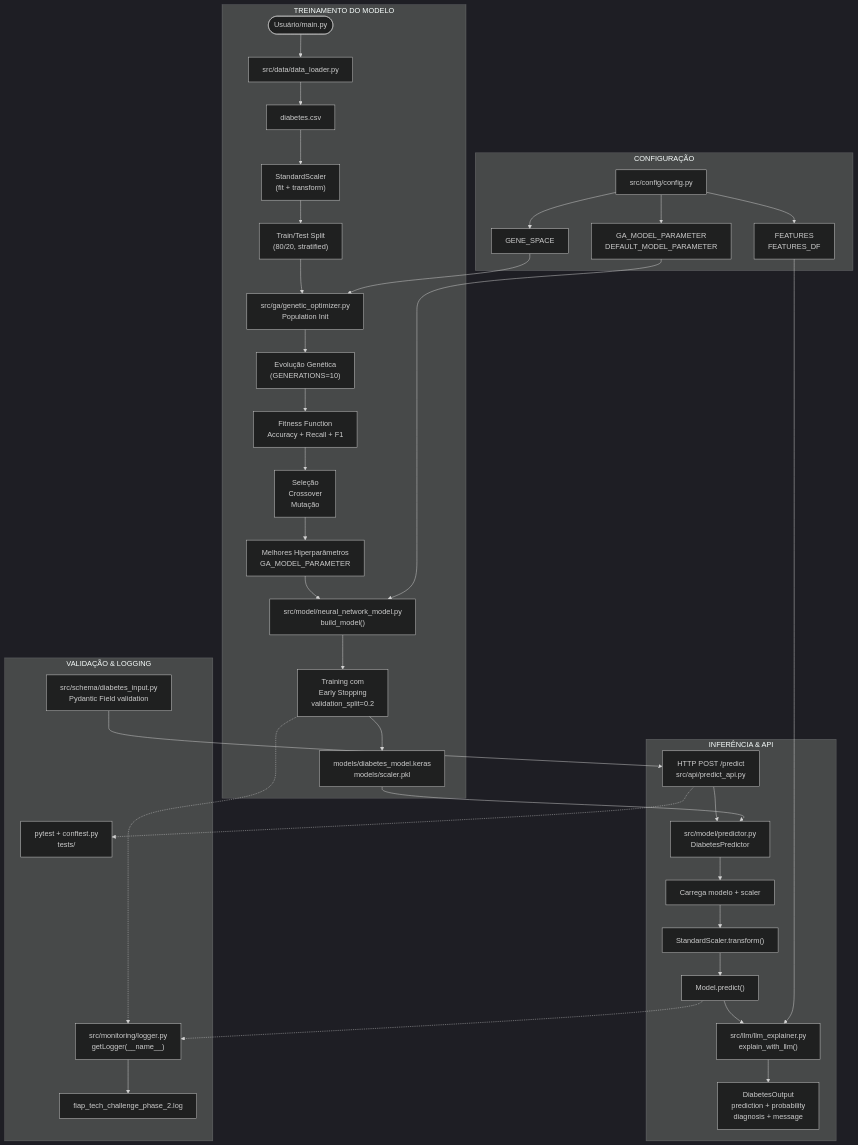
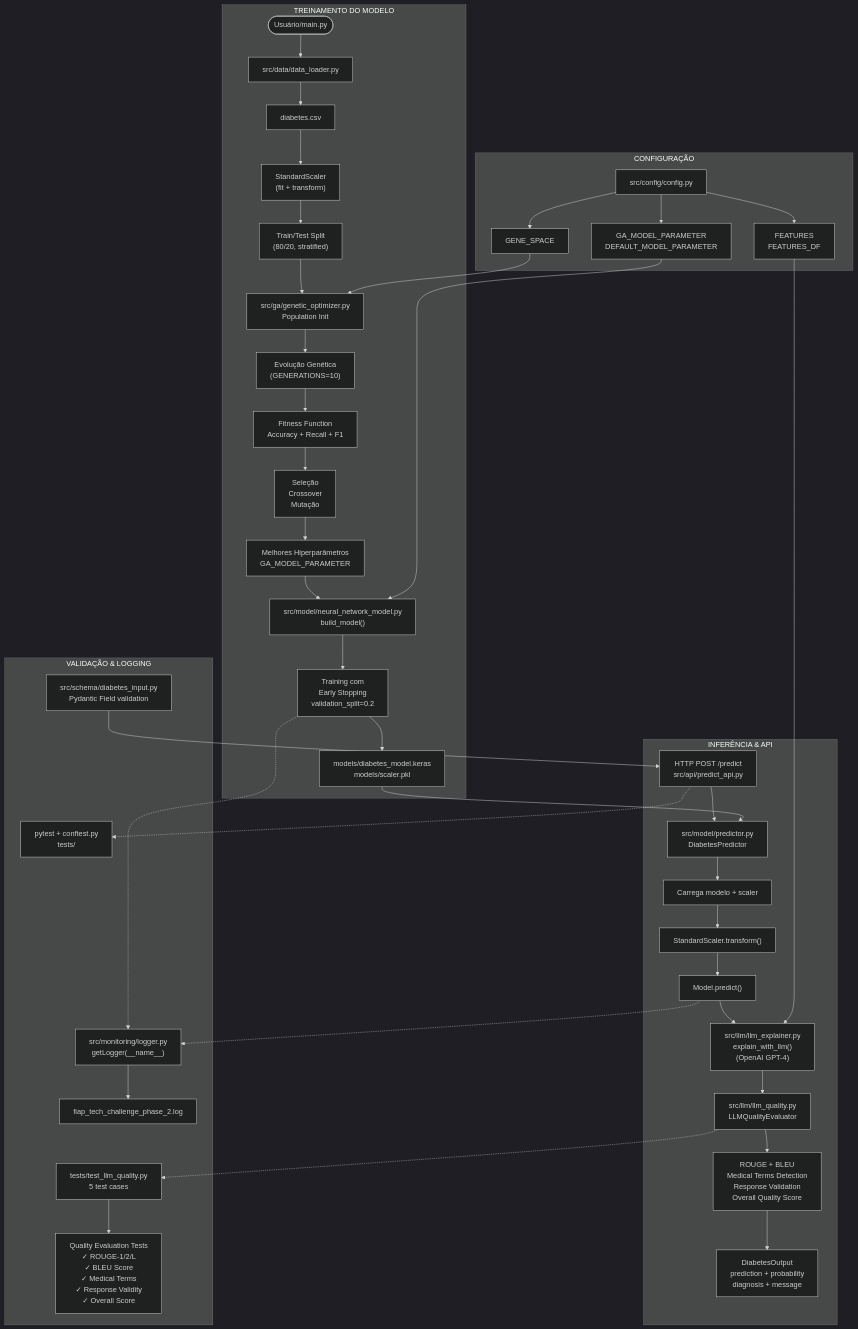
One commit to fernando-squads/fiap-tech-challenge-phase-2 changed the diagram in architecture/fiap_tech_challenge_phase_2.mmd. Above: the diagram before and after it, drawn with Mermaid (dark theme). The commit also changed 9 other files, not shown here.

```diff
--- a/architecture/fiap_tech_challenge_phase_2.mmd
+++ b/architecture/fiap_tech_challenge_phase_2.mmd
@@ -1,47 +1,52 @@
 flowchart TB
     subgraph Training["TREINAMENTO DO MODELO"]
         User(["Usuário/main.py"]) --> CLI["src/data/data_loader.py"]
         CLI --> Data["diabetes.csv"]
         Data --> Preprocess["StandardScaler<br>(fit + transform)"]
         Preprocess --> Split["Train/Test Split<br>(80/20, stratified)"]
         Split --> GAInit["src/ga/genetic_optimizer.py<br>Population Init"]
         GAInit --> GA["Evolução Genética<br>(GENERATIONS=10)"]
         GA --> Fitness["Fitness Function<br>Accuracy + Recall + F1"]
         Fitness --> Selection["Seleção<br>Crossover<br>Mutação"]
         Selection --> BestParams["Melhores Hiperparâmetros<br>GA_MODEL_PARAMETER"]
         BestParams --> ModelBuild["src/model/neural_network_model.py<br>build_model()"]
         ModelBuild --> Training_Phase["Training com<br>Early Stopping<br>validation_split=0.2"]
         Training_Phase --> SaveArtifacts["models/diabetes_model.keras<br>models/scaler.pkl"]
     end
 
     subgraph Inference["INFERÊNCIA & API"]
         Request["HTTP POST /predict<br>src/api/predict_api.py"] --> Predictor["src/model/predictor.py<br>DiabetesPredictor"]
         Predictor --> LoadModel["Carrega modelo + scaler"]
         LoadModel --> Scale["StandardScaler.transform()"]
         Scale --> Predict["Model.predict()"]
-        Predict --> LLM["src/llm/llm_explainer.py<br>explain_with_llm()"]
-        LLM --> Response["DiabetesOutput<br>prediction + probability<br>diagnosis + message"]
+        Predict --> LLM["src/llm/llm_explainer.py<br>explain_with_llm()<br>(OpenAI GPT-4)"]
+        LLM --> QualityEval["src/llm/llm_quality.py<br>LLMQualityEvaluator"]
+        QualityEval --> QualityMetrics["ROUGE + BLEU<br>Medical Terms Detection<br>Response Validation<br>Overall Quality Score"]
+        QualityMetrics --> Response["DiabetesOutput<br>prediction + probability<br>diagnosis + message"]
     end
 
     subgraph Config["CONFIGURAÇÃO"]
         ConfigFile["src/config/config.py"]
         ConfigFile --> GENE_SPACE["GENE_SPACE"]
         ConfigFile --> GA_PARAMS["GA_MODEL_PARAMETER<br>DEFAULT_MODEL_PARAMETER"]
         ConfigFile --> FEATURES["FEATURES<br>FEATURES_DF"]
     end
 
     subgraph Validation["VALIDAÇÃO & LOGGING"]
         Schema["src/schema/diabetes_input.py<br>Pydantic Field validation"]
         Logger["src/monitoring/logger.py<br>getLogger(__name__)"]
         Tests["pytest + conftest.py<br>tests/"]
+        QualityTests["tests/test_llm_quality.py<br>5 test cases"]
         Logger --> LogFile["fiap_tech_challenge_phase_2.log"]
+        QualityTests --> QualityMetricsVal["Quality Evaluation Tests<br>✓ ROUGE-1/2/L<br>✓ BLEU Score<br>✓ Medical Terms<br>✓ Response Validity<br>✓ Overall Score"]
     end
 
     SaveArtifacts --> Predictor
     GENE_SPACE --> GAInit
     GA_PARAMS --> ModelBuild
     FEATURES --> LLM
     Schema --> Request
     Request -.-> Tests
+    QualityEval -.-> QualityTests
     Training_Phase -.-> Logger
     Predict -.-> Logger
```
